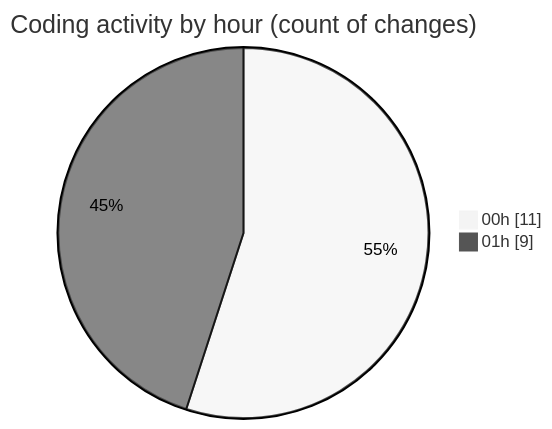
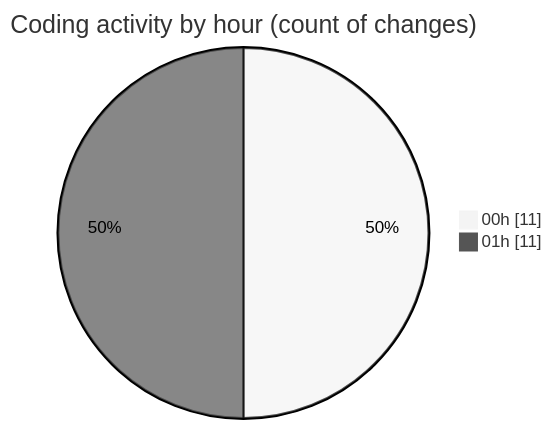
Before and after one commit to 3Nya3/code-tracking: the second of 2 diagrams in 2025-01-02/mods/README.md, drawn with Mermaid (neutral theme). The commit also changed other lines of this file and 1 other file, not shown here.

````diff
--- a/2025-01-02/mods/README.md
+++ b/2025-01-02/mods/README.md
@@ -28,6 +29,6 @@
 ```mermaid
 pie showData
 title Coding activity by hour (count of changes)
 "00h" : 11
-"01h" : 9
+"01h" : 11
 ```
````
